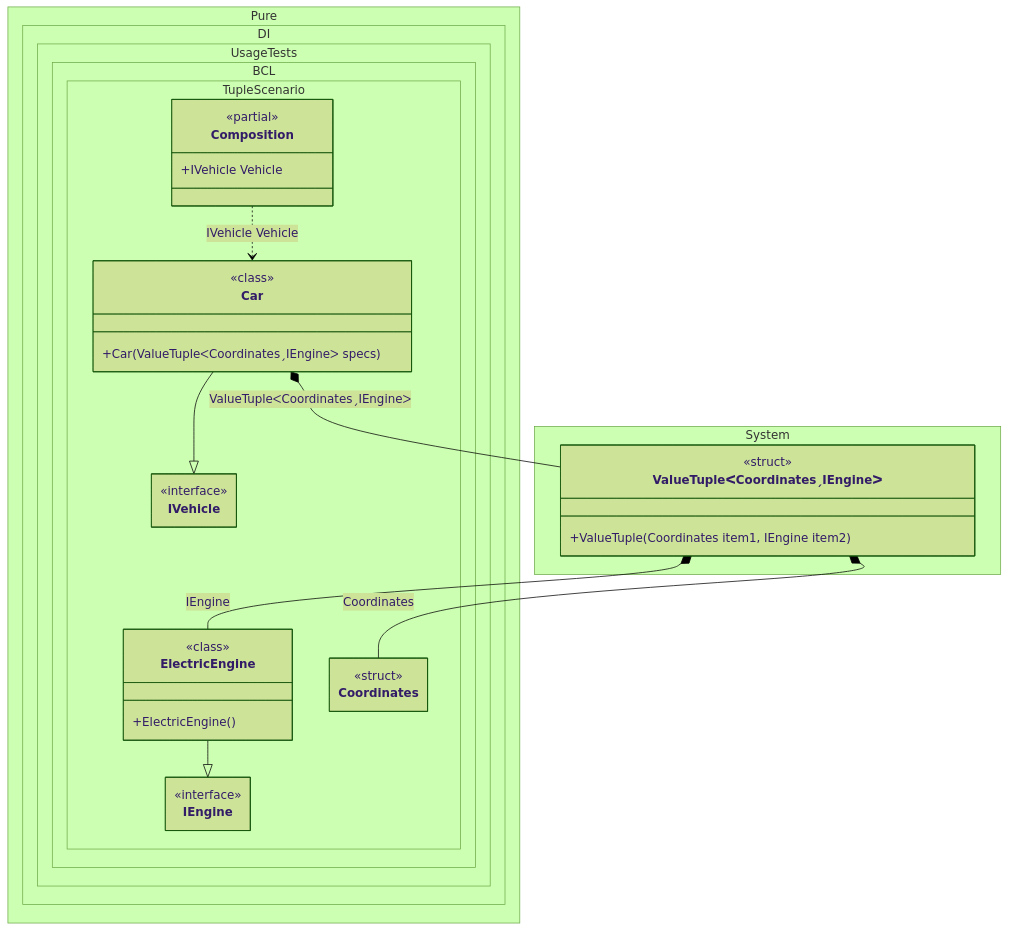
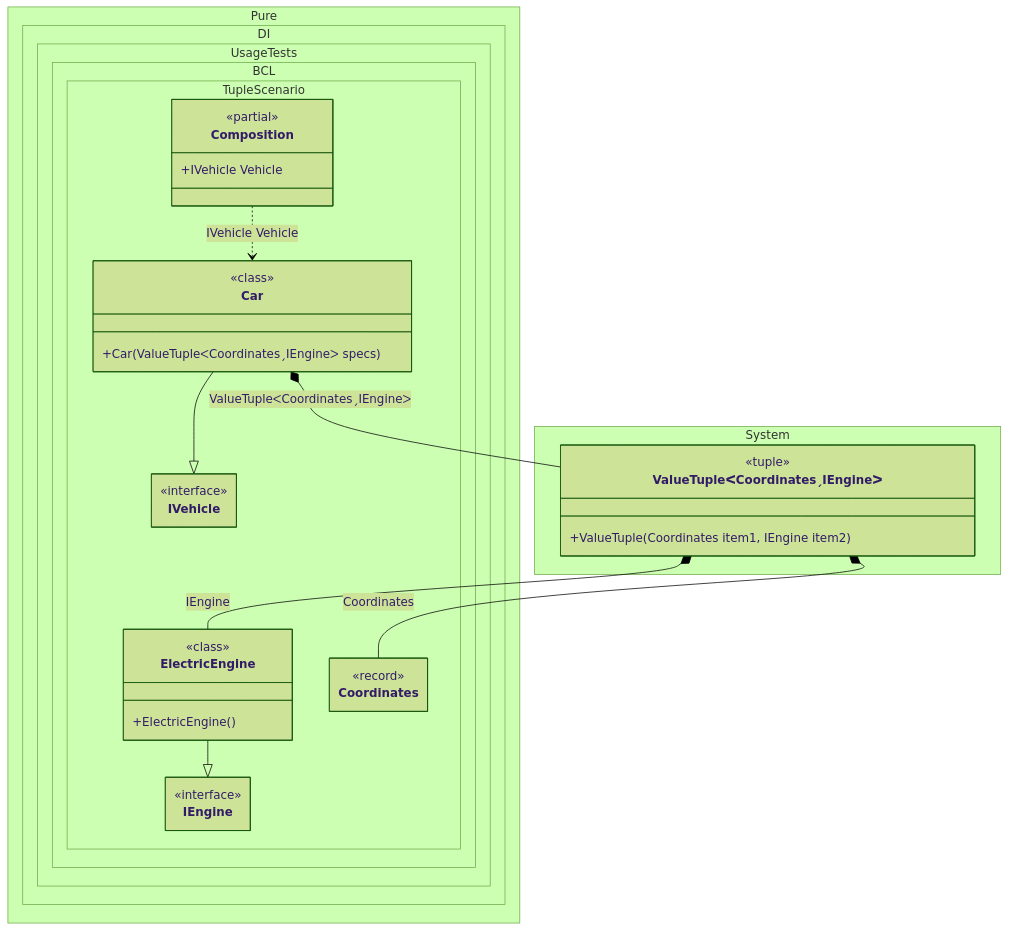
The diagram in readme/tuple.md (MaiKuraki/Pure.DI), drawn with Mermaid (forest theme) before and after one commit. The commit also changed 152 other files, not shown here.

````diff
--- a/readme/tuple.md
+++ b/readme/tuple.md
@@ -89,45 +89,43 @@
 ```mermaid
 ---
  config:
-  maxTextSize: 2147483647
-  maxEdges: 2147483647
   class:
    hideEmptyMembersBox: true
 ---
 classDiagram
 	ElectricEngine --|> IEngine
 	Car --|> IVehicle
 	Composition ..> Car : IVehicle Vehicle
-	Car *--  ValueTupleᐸCoordinatesˏIEngineᐳ : ValueTupleᐸCoordinatesˏIEngineᐳ
-	ValueTupleᐸCoordinatesˏIEngineᐳ *--  ElectricEngine : IEngine
-	ValueTupleᐸCoordinatesˏIEngineᐳ *--  Coordinates : Coordinates
+	Car *-- ValueTupleᐸCoordinatesˏIEngineᐳ : ValueTupleᐸCoordinatesˏIEngineᐳ
+	ValueTupleᐸCoordinatesˏIEngineᐳ *-- ElectricEngine : IEngine
+	ValueTupleᐸCoordinatesˏIEngineᐳ *-- Coordinates : Coordinates
 	namespace Pure.DI.UsageTests.BCL.TupleScenario {
 		class Car {
 				<<class>>
 			+Car(ValueTupleᐸCoordinatesˏIEngineᐳ specs)
 		}
 		class Composition {
 		<<partial>>
 		+IVehicle Vehicle
 		}
 		class Coordinates {
-				<<struct>>
+				<<record>>
 		}
 		class ElectricEngine {
 				<<class>>
 			+ElectricEngine()
 		}
 		class IEngine {
 			<<interface>>
 		}
 		class IVehicle {
 			<<interface>>
 		}
 	}
 	namespace System {
 		class ValueTupleᐸCoordinatesˏIEngineᐳ {
-				<<struct>>
+				<<tuple>>
 			+ValueTuple(Coordinates item1, IEngine item2)
 		}
 	}
 ```
````
